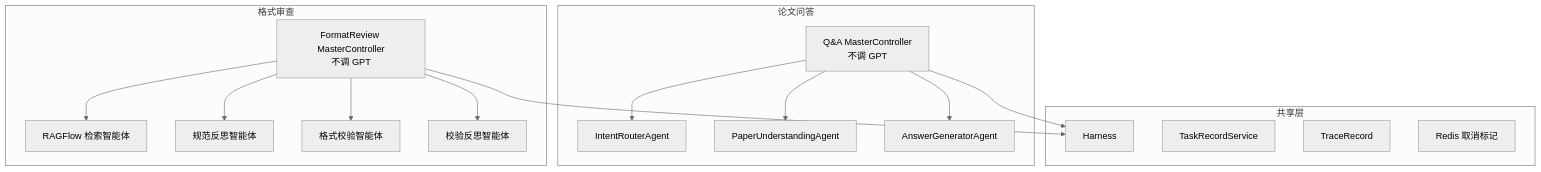
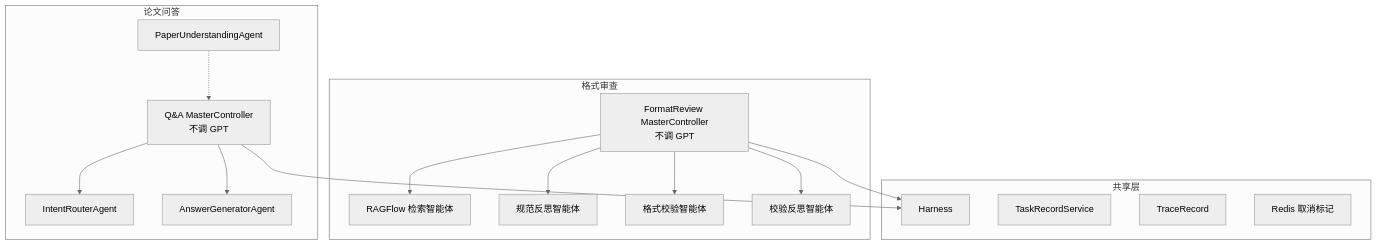
One commit to szy2334/ragflow-course-project changed the fourth of 4 diagrams in 论文问答多智能体架构改进方案_V1.0.md. Above: the diagram before and after it, drawn with Mermaid (neutral theme). The commit also changed other lines of this file, not shown here.

````diff
--- a/论文问答多智能体架构改进方案_V1.0.md
+++ b/论文问答多智能体架构改进方案_V1.0.md
@@ -265,31 +324,31 @@
 ```mermaid
 flowchart TD
     subgraph 论文问答
         QA_MC["Q&A MasterController\n不调 GPT"]
         QA_IRA["IntentRouterAgent"]
         QA_PUA["PaperUnderstandingAgent"]
         QA_AGA["AnswerGeneratorAgent"]
         QA_MC --> QA_IRA
-        QA_MC --> QA_PUA
         QA_MC --> QA_AGA
+        QA_PUA -.-> QA_MC
     end
     subgraph 格式审查
         FR_MC["FormatReview MasterController\n不调 GPT"]
         FR_RAG["RAGFlow 检索智能体"]
         FR_RS["规范反思智能体"]
         FR_FC["格式校验智能体"]
         FR_RV["校验反思智能体"]
         FR_MC --> FR_RAG
         FR_MC --> FR_RS
         FR_MC --> FR_FC
         FR_MC --> FR_RV
     end
     subgraph 共享层
         H["Harness"]
         TS["TaskRecordService"]
         TR["TraceRecord"]
         RD["Redis 取消标记"]
     end
     QA_MC --> H
     FR_MC --> H
 ```
````
